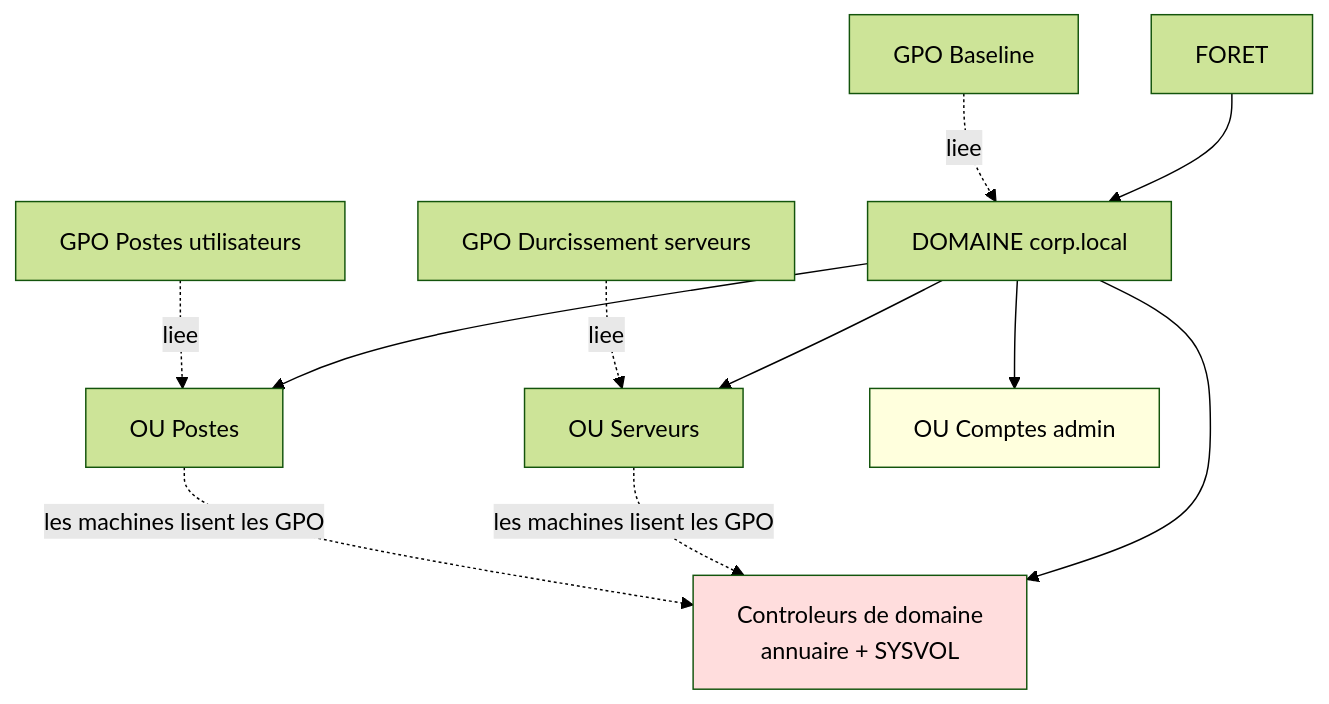
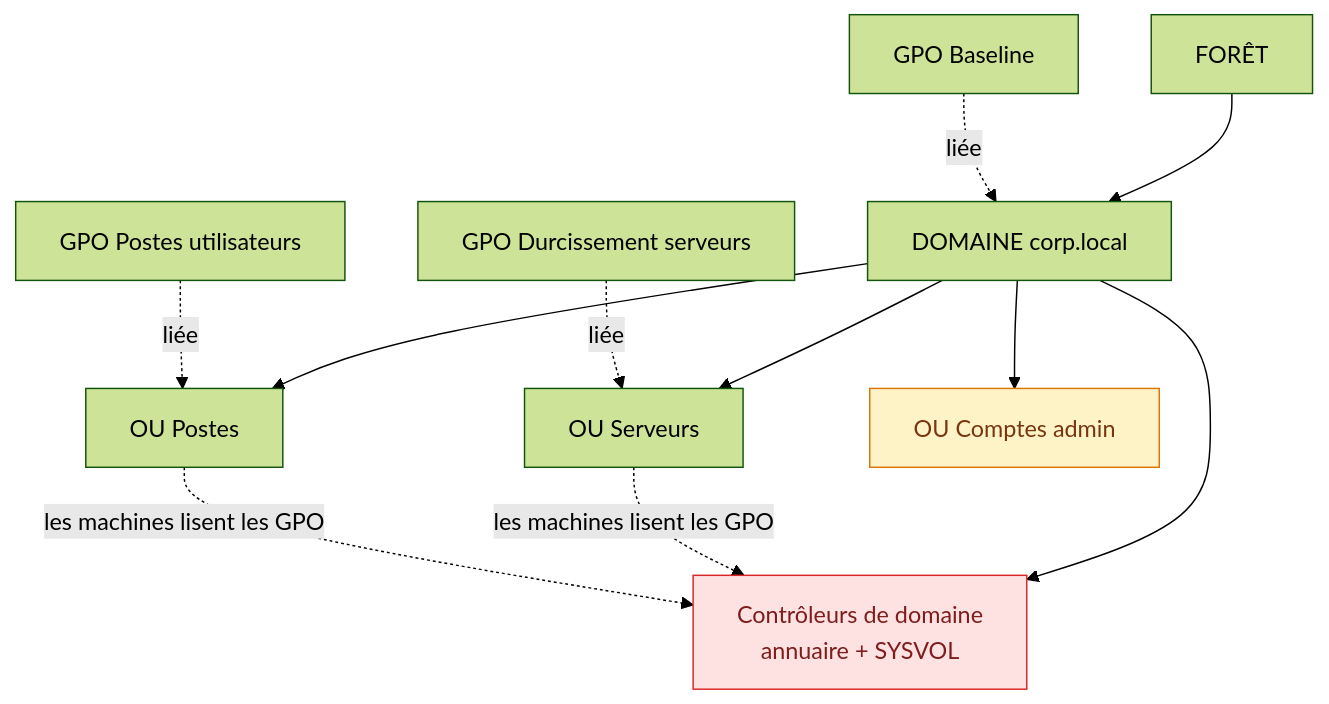
One commit to Gooseppr/GevOps_LC changed the diagram in courses/reseaux-cybersecurite/16_securite_systemes.md. Above: the diagram before and after it, drawn with Mermaid (forest theme). The commit also changed 56 other files, not shown here.

````diff
--- a/courses/reseaux-cybersecurite/16_securite_systemes.md
+++ b/courses/reseaux-cybersecurite/16_securite_systemes.md
@@ -172,15 +172,15 @@
 ```mermaid
 flowchart TD
-    F["FORET"] --> D["DOMAINE corp.local"]
-    D --> DC["Controleurs de domaine<br/>annuaire + SYSVOL"]
+    F["FORÊT"] --> D["DOMAINE corp.local"]
+    D --> DC["Contrôleurs de domaine<br/>annuaire + SYSVOL"]
     D --> OU1["OU Serveurs"]
     D --> OU2["OU Postes"]
     D --> OU3["OU Comptes admin"]
-    G1["GPO Baseline"] -.->|liee| D
-    G2["GPO Durcissement serveurs"] -.->|liee| OU1
-    G3["GPO Postes utilisateurs"] -.->|liee| OU2
+    G1["GPO Baseline"] -.->|liée| D
+    G2["GPO Durcissement serveurs"] -.->|liée| OU1
+    G3["GPO Postes utilisateurs"] -.->|liée| OU2
     OU1 -.->|les machines lisent les GPO| DC
     OU2 -.->|les machines lisent les GPO| DC
-    style DC fill:#fdd
-    style OU3 fill:#ffd
+    style DC fill:#fee2e2,stroke:#dc2626,color:#7f1d1d
+    style OU3 fill:#fef3c7,stroke:#d97706,color:#78350f
 ```
````
